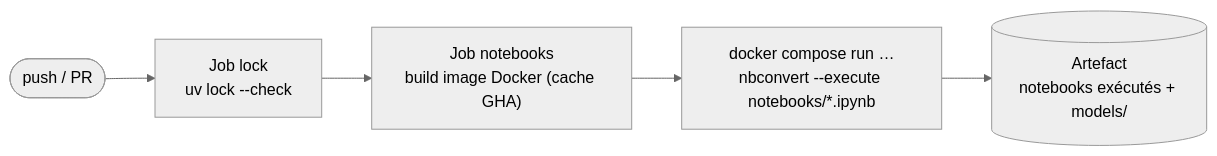
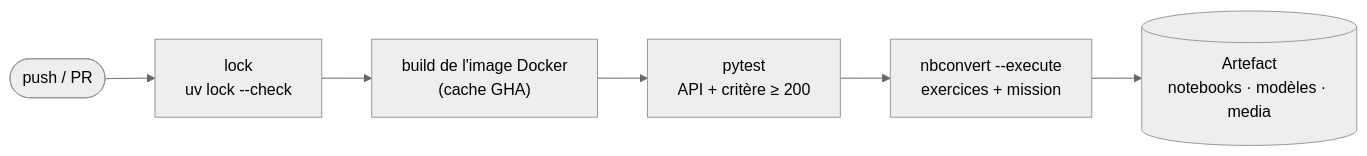
The seventh of 7 diagrams in README.md (Nerion-1337/train_rl_agent), drawn with Mermaid (neutral theme) before and after one commit. The commit also changed other lines of this file and 93 other files, not shown here.

First line of the commit message:
Mission Eagle-1 : entraînements, API, GUI, tableau de bord, vidéo, rapport

````diff
--- a/README.md
+++ b/README.md
@@ -246,7 +421,8 @@
 ```mermaid
 flowchart LR
-    push(["push / PR"]) --> lock["Job lock<br/>uv lock --check"]
-    lock --> build["Job notebooks<br/>build image Docker (cache GHA)"]
-    build --> run["docker compose run …<br/>nbconvert --execute notebooks/*.ipynb"]
-    run --> art[("Artefact<br/>notebooks exécutés + models/")]
+    push(["push / PR"]) --> lock["lock<br/>uv lock --check"]
+    lock --> build["build de l'image Docker<br/>(cache GHA)"]
+    build --> tests["pytest<br/>API + critère ≥ 200"]
+    tests --> run["nbconvert --execute<br/>exercices + mission"]
+    run --> art[("Artefact<br/>notebooks · modèles · media")]
 ```
````
